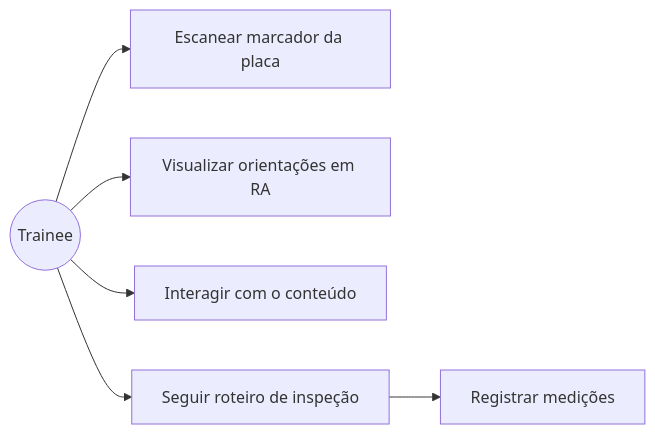
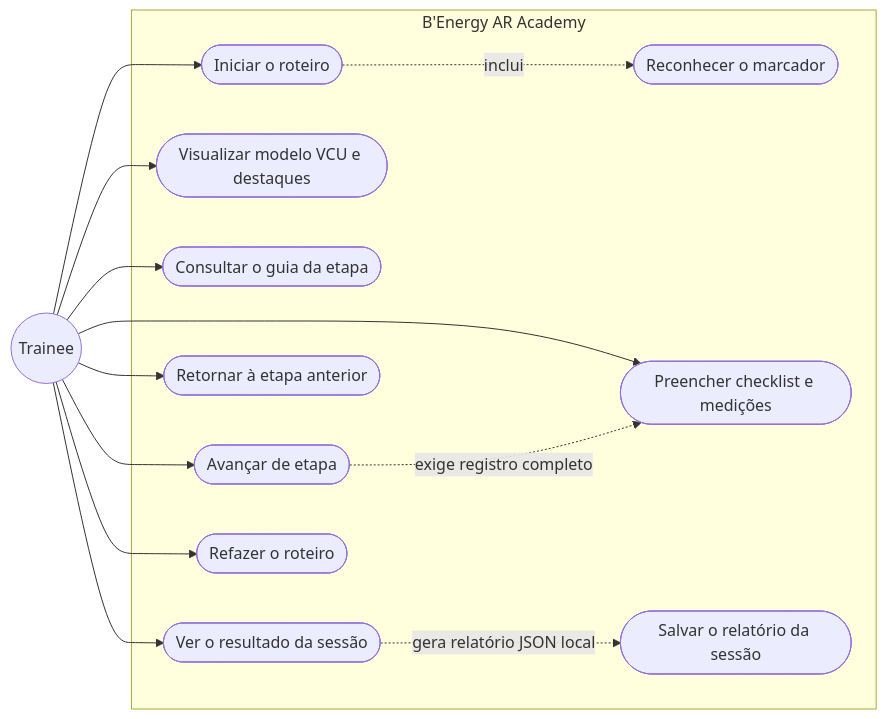
Before and after one commit to lfmutton/AR_UPX_Project: the fourth of 5 diagrams in README.md, drawn with Mermaid. The commit also changed other lines of this file and 5 other files, not shown here.

````diff
--- a/README.md
+++ b/README.md
@@ -581,8 +676,27 @@
 ```mermaid
 flowchart LR
-    T((Trainee)) --> U1[Escanear marcador da placa]
-    T --> U2[Visualizar orientações em RA]
-    T --> U3[Interagir com o conteúdo]
-    T --> U4[Seguir roteiro de inspeção]
-    U4 --> U5[Registrar medições]
+    T((Trainee))
+    subgraph APP["B'Energy AR Academy"]
+        U1([Iniciar o roteiro])
+        U2([Reconhecer o marcador])
+        U3([Visualizar modelo VCU e destaques])
+        U4([Consultar o guia da etapa])
+        U5([Preencher checklist e medições])
+        U6([Avançar de etapa])
+        U7([Retornar à etapa anterior])
+        U8([Ver o resultado da sessão])
+        U9([Refazer o roteiro])
+        U10([Salvar o relatório da sessão])
+    end
+    T --> U1
+    T --> U3
+    T --> U4
+    T --> U5
+    T --> U6
+    T --> U7
+    T --> U8
+    T --> U9
+    U1 -. inclui .-> U2
+    U6 -. exige registro completo .-> U5
+    U8 -. gera relatório JSON local .-> U10
 ```
````
